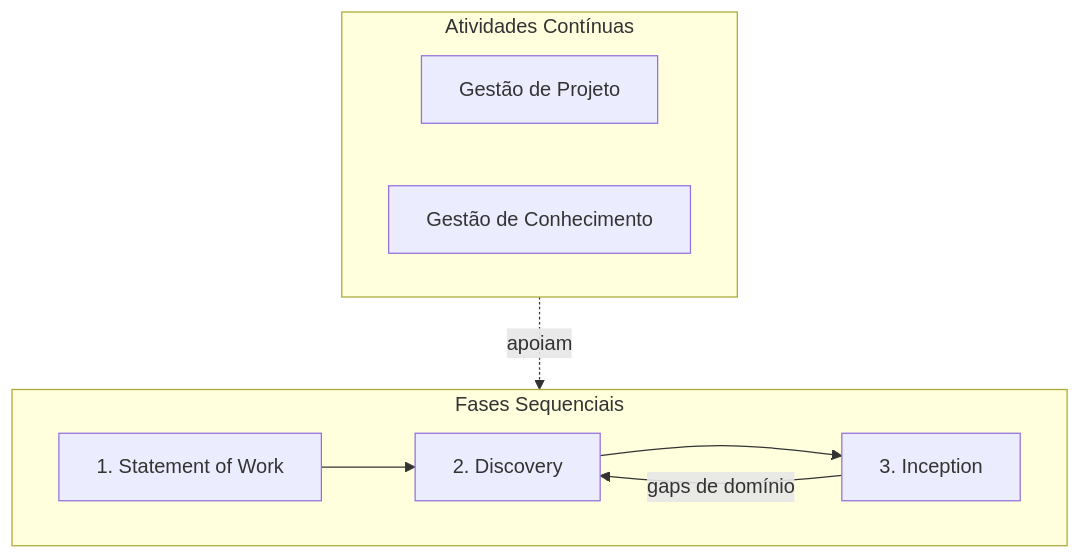
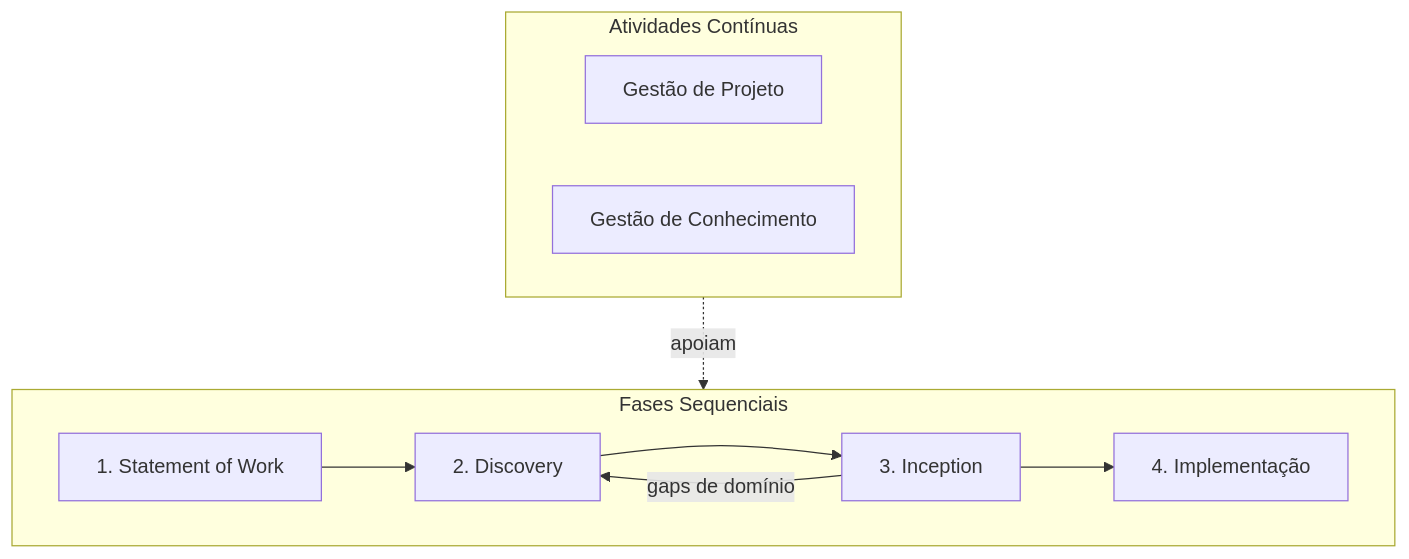
The diagram in docs/sdlc/0_processo.md (leds-conectafapes/processo-leds-sdlc), drawn with Mermaid before and after one commit. The commit also changed other lines of this file, not shown here.

First line of the commit message:
docs: adiciona fase Implementação ao processo

````diff
--- a/docs/sdlc/0_processo.md
+++ b/docs/sdlc/0_processo.md
@@ -7,17 +7,18 @@
 ```mermaid
 graph TB
     subgraph sequencial[Fases Sequenciais]
         direction LR
         SOW[1. Statement of Work] --> DISC[2. Discovery]
         DISC --> INC[3. Inception]
         INC -->|gaps de domínio| DISC
+        INC --> IMPL[4. Implementação]
     end
 
     subgraph paralelas[Atividades Contínuas]
         direction LR
         GP[Gestão de Projeto]
         GC[Gestão de Conhecimento]
     end
 
     paralelas -.->|apoiam| sequencial
 ```
````
